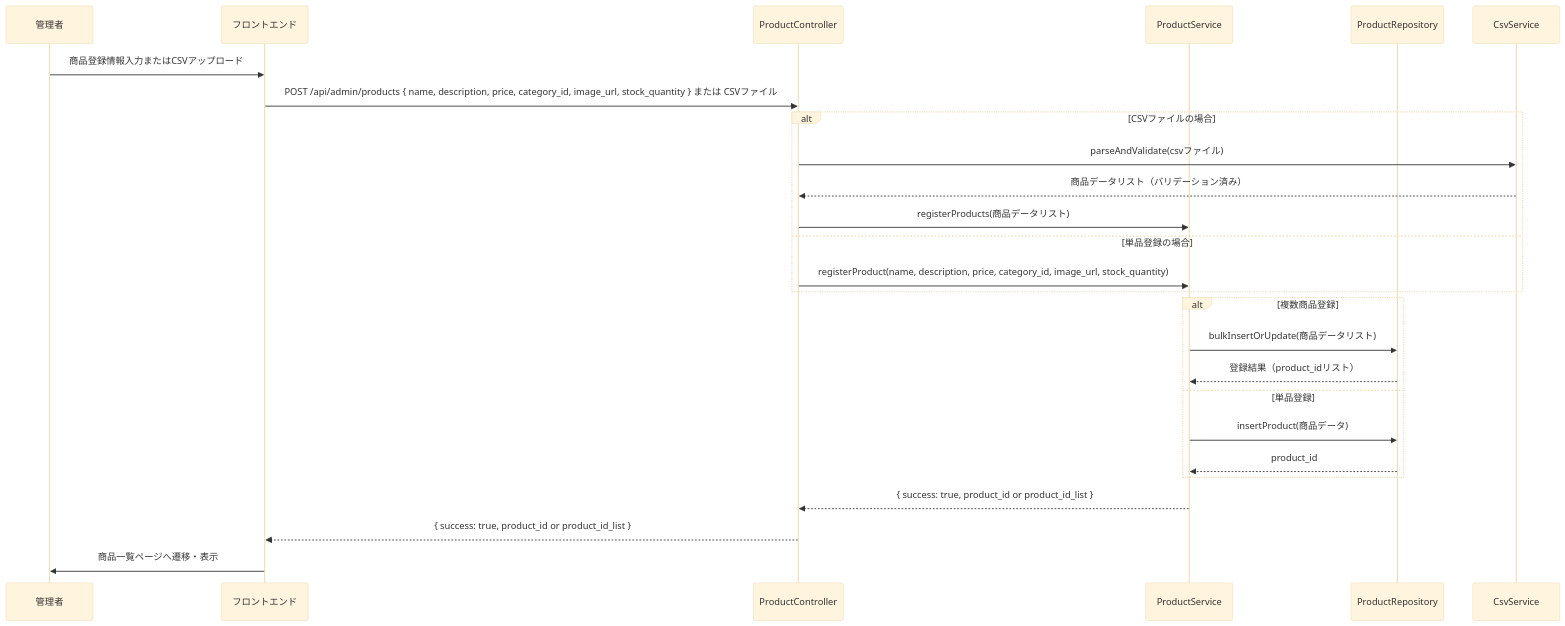
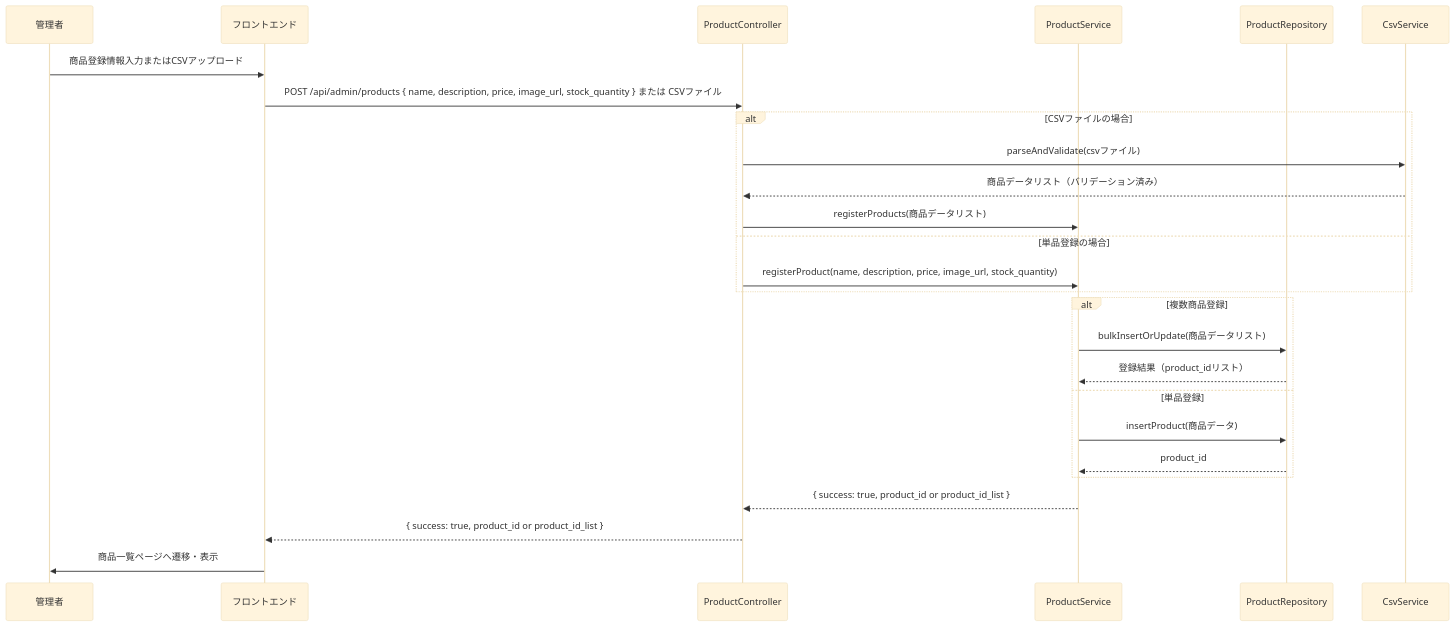
Diagram 29 of 37 in 詳細設計/担当B_村田/3.2 機能詳細.md (Aoi-Yaegashi/teamF), drawn with Mermaid (base theme) before and after one commit. The commit also changed other lines of this file and 1 other file, not shown here.

```diff
--- a/詳細設計/担当B_村田/3.2 機能詳細.md
+++ b/詳細設計/担当B_村田/3.2 機能詳細.md
@@ -1131,42 +1117,42 @@
    <div class="mermaid">
    sequenceDiagram
     participant Admin as 管理者
     participant FE as フロントエンド
     participant ProdC as ProductController
     participant ProdS as ProductService
     participant ProdRepo as ProductRepository
     participant CsvS as CsvService
 
     %% 1. 管理者が商品登録画面でCSVファイルをアップロード
     Admin->>FE: 商品登録情報入力またはCSVアップロード
 
     %% 2. フロントエンドがAPI呼び出し
-    FE->>ProdC: POST /api/admin/products { name, description, price, category_id, image_url, stock_quantity } または CSVファイル
+    FE->>ProdC: POST /api/admin/products { name, description, price, image_url, stock_quantity } または CSVファイル
 
     %% 3. コントローラがサービスに処理を依頼
     alt CSVファイルの場合
         ProdC->>CsvS: parseAndValidate(csvファイル)
         CsvS-->>ProdC: 商品データリスト（バリデーション済み）
         ProdC->>ProdS: registerProducts(商品データリスト)
     else 単品登録の場合
-        ProdC->>ProdS: registerProduct(name, description, price, category_id, image_url, stock_quantity)
+        ProdC->>ProdS: registerProduct(name, description, price, image_url, stock_quantity)
     end
 
     %% 4. サービスがリポジトリに商品登録
     alt 複数商品登録
         ProdS->>ProdRepo: bulkInsertOrUpdate(商品データリスト)
         ProdRepo-->>ProdS: 登録結果（product_idリスト）
     else 単品登録
         ProdS->>ProdRepo: insertProduct(商品データ)
         ProdRepo-->>ProdS: product_id
     end
 
     %% 5. サービスがコントローラに返却
     ProdS-->>ProdC: { success: true, product_id or product_id_list }
 
     %% 6. コントローラがフロントエンドに返却
     ProdC-->>FE: { success: true, product_id or product_id_list }
 
     %% 7. フロントエンドが一覧ページへ遷移
     FE->>Admin: 商品一覧ページへ遷移・表示
 </div>
```
